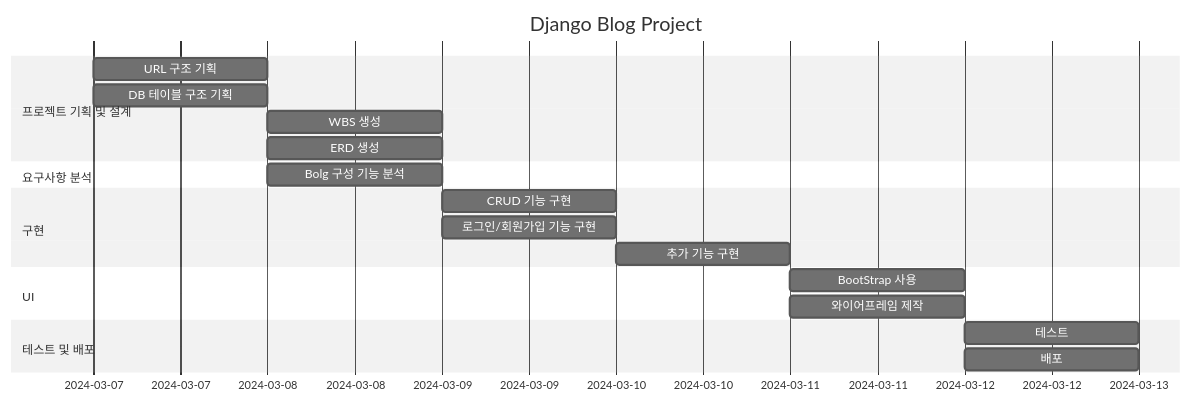
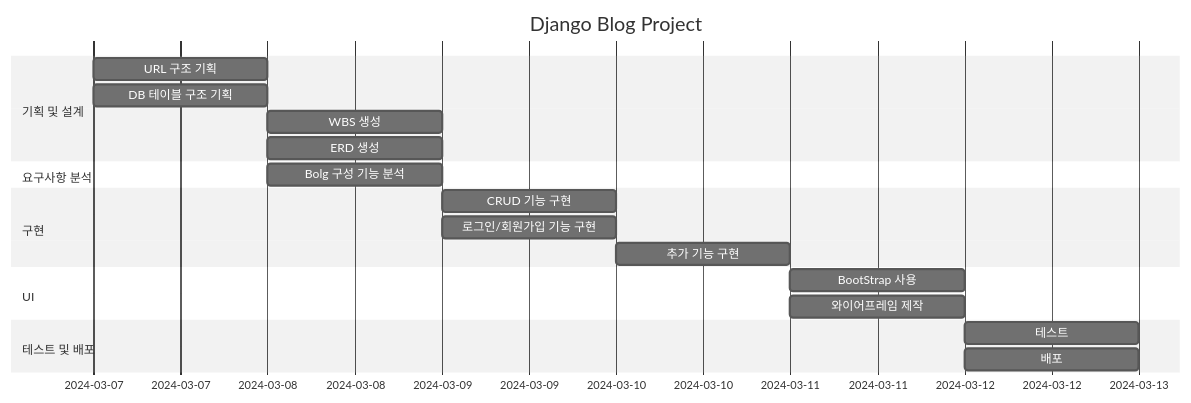
Before and after one commit to neysin/django_project: the diagram in README.md, drawn with Mermaid (neutral theme).

Commit message:
WBS 수정

````diff
--- a/README.md
+++ b/README.md
@@ -5,27 +5,28 @@
 ```mermaid
 gantt
     title Django Blog Project
+    dateFormat  YYYY-MM-DD
 
-    section 프로젝트 기획 및 설계
+    section 기획 및 설계
     URL 구조 기획       : 2024-03-07, 1d
     DB 테이블 구조 기획  : 2024-03-07, 1d
     WBS 생성            :2024-03-08  , 1d
     ERD 생성            : 2024-03-08, 1d
 
     section 요구사항 분석
     Bolg 구성 기능 분석 :2024-03-08 , 1d
     
     section 구현
     CRUD 기능 구현 : 2024-03-09 , 1d
     로그인/회원가입 기능 구현 : 2024-03-09 , 1d
     추가 기능 구현 :  2024-03-010 , 1d
 
     section UI
     BootStrap 사용 :  2024-03-11 , 1d
-    와이어프레임 제작 : :  2024-03-11 , 1d
+    와이어프레임 제작 :  2024-03-11 , 1d
 
 
     section 테스트 및 배포
-    테스트 : :  2024-03-12 , 1d
+    테스트 : 2024-03-12 , 1d
     배포 : 2024-03-12 , 1d
 ```
````
